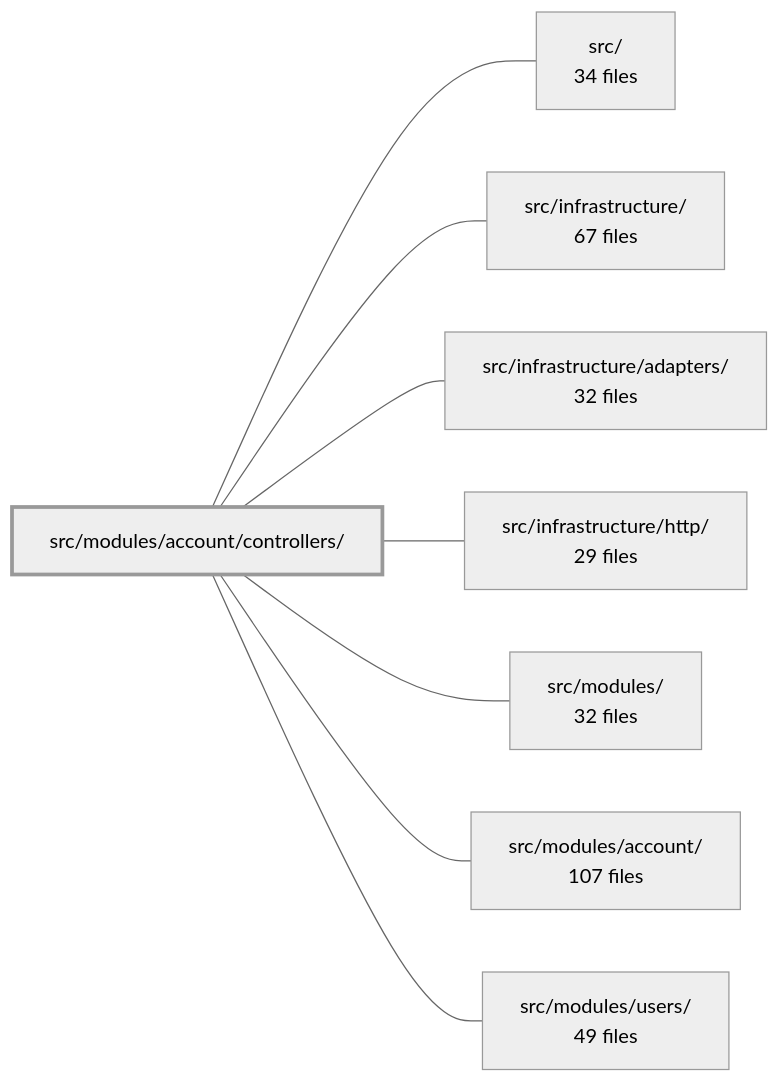
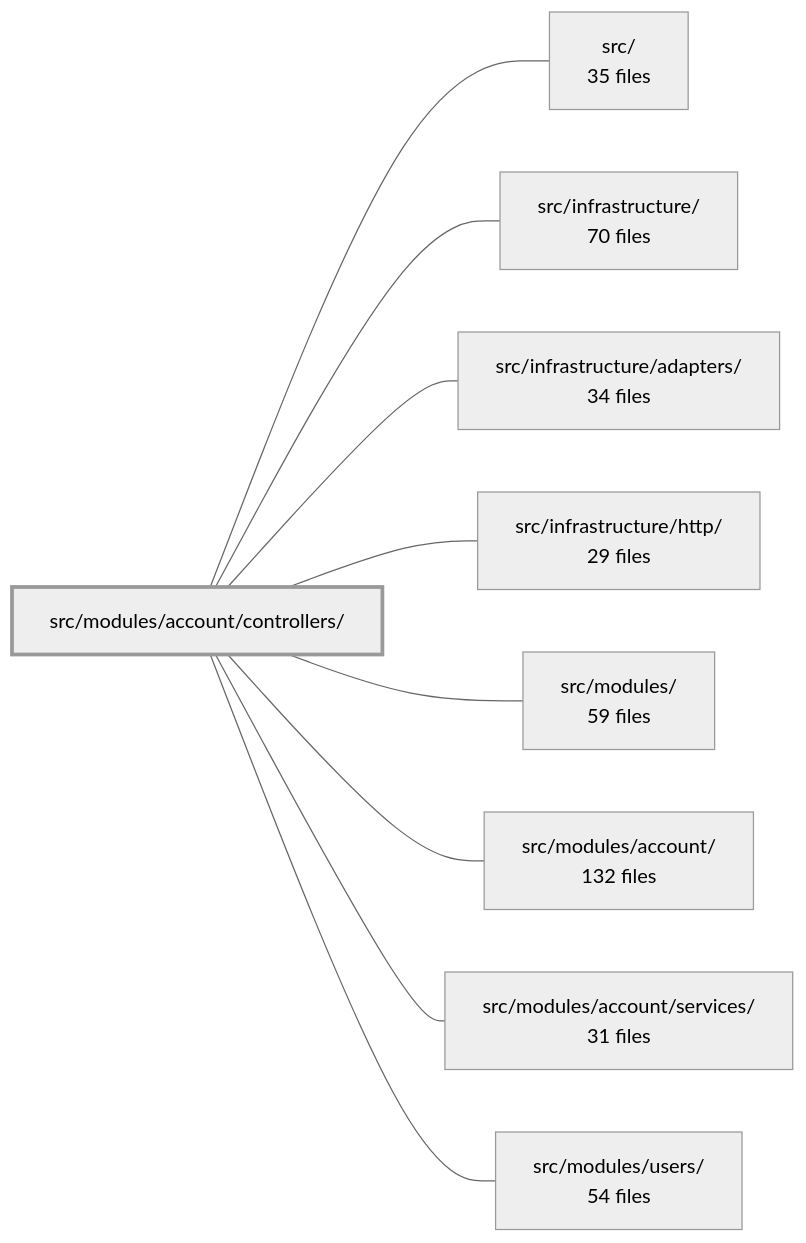
Before and after one commit to Guebbit/boilerplate-node-backend: the diagram in .2brain/modules/boilerplate-node-backend_src_modules_account_controllers.md, drawn with Mermaid (neutral theme). The commit also changed other lines of this file and 11 other files, not shown here.

````diff
--- a/.2brain/modules/boilerplate-node-backend_src_modules_account_controllers.md
+++ b/.2brain/modules/boilerplate-node-backend_src_modules_account_controllers.md
@@ -41,19 +41,21 @@
 ```mermaid
 flowchart LR
     m_src_modules_account_controllers["src/modules/account/controllers/"]
-    m_src["src/<br/>34 files"]
-    m_src_infrastructure["src/infrastructure/<br/>67 files"]
-    m_src_infrastructure_adapters["src/infrastructure/adapters/<br/>32 files"]
+    m_src["src/<br/>35 files"]
+    m_src_infrastructure["src/infrastructure/<br/>70 files"]
+    m_src_infrastructure_adapters["src/infrastructure/adapters/<br/>34 files"]
     m_src_infrastructure_http["src/infrastructure/http/<br/>29 files"]
-    m_src_modules["src/modules/<br/>32 files"]
-    m_src_modules_account["src/modules/account/<br/>107 files"]
-    m_src_modules_users["src/modules/users/<br/>49 files"]
+    m_src_modules["src/modules/<br/>59 files"]
+    m_src_modules_account["src/modules/account/<br/>132 files"]
+    m_src_modules_account_services["src/modules/account/services/<br/>31 files"]
+    m_src_modules_users["src/modules/users/<br/>54 files"]
     m_src_modules_account_controllers --- m_src
     m_src_modules_account_controllers --- m_src_infrastructure
     m_src_modules_account_controllers --- m_src_infrastructure_adapters
     m_src_modules_account_controllers --- m_src_infrastructure_http
     m_src_modules_account_controllers --- m_src_modules
     m_src_modules_account_controllers --- m_src_modules_account
+    m_src_modules_account_controllers --- m_src_modules_account_services
     m_src_modules_account_controllers --- m_src_modules_users
     style m_src_modules_account_controllers stroke-width:3px
 ```
````
